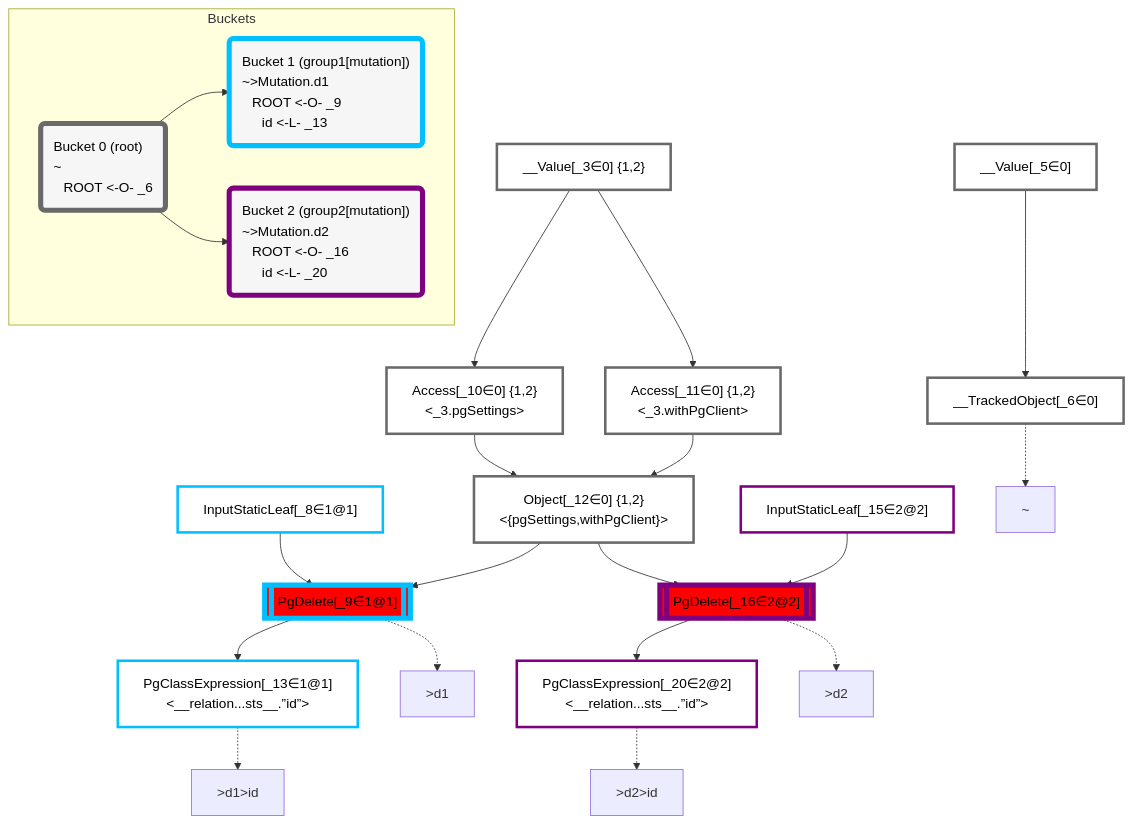
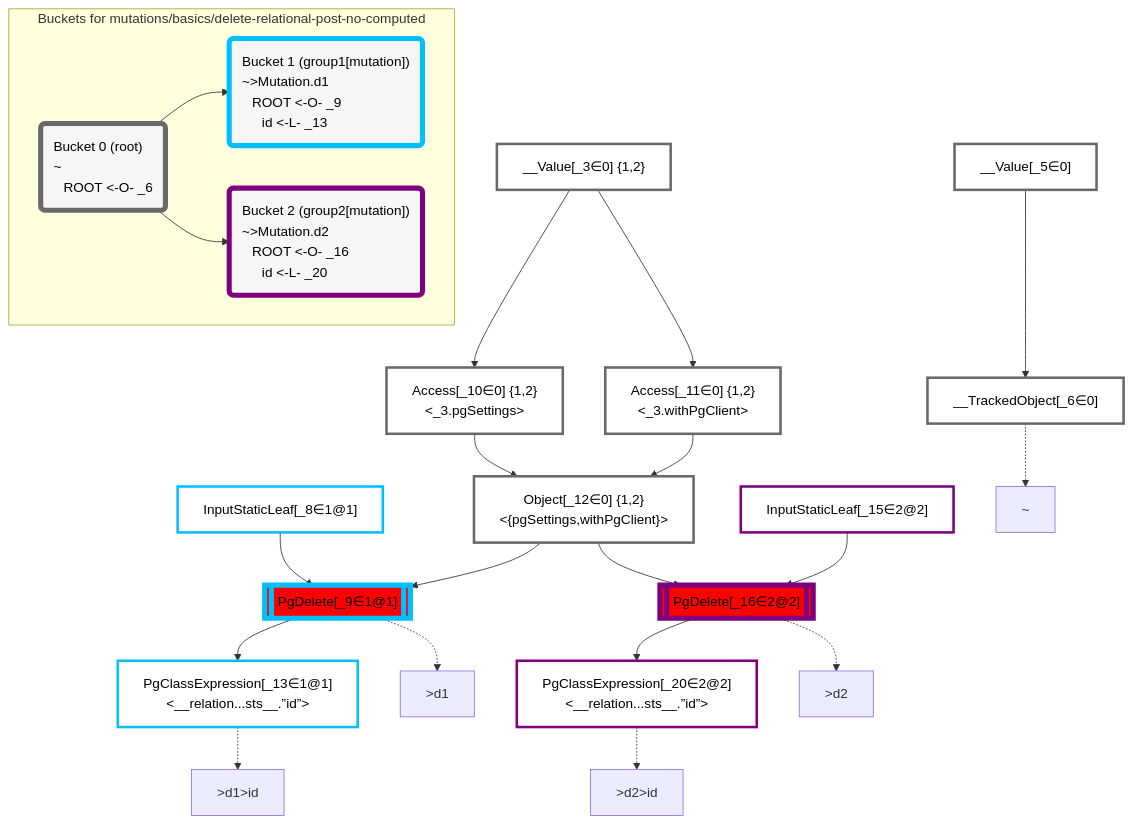
The diagram in packages/dataplan-pg/__tests__/mutations/basics/delete-relational-post-no-computed.deopt.mermaid.md (graphile/crystal), drawn with Mermaid before and after one commit. The commit also changed 195 other files, not shown here.

````diff
--- a/packages/dataplan-pg/__tests__/mutations/basics/delete-relational-post-no-computed.deopt.mermaid.md
+++ b/packages/dataplan-pg/__tests__/mutations/basics/delete-relational-post-no-computed.deopt.mermaid.md
@@ -1,67 +1,67 @@
 ```mermaid
 graph TD
     classDef path fill:#eee,stroke:#000,color:#000
     classDef plan fill:#fff,stroke-width:3px,color:#000
     classDef itemplan fill:#fff,stroke-width:6px,color:#000
     classDef sideeffectplan fill:#f00,stroke-width:6px,color:#000
     classDef bucket fill:#f6f6f6,color:#000,stroke-width:6px,text-align:left
 
 
     %% define plans
     __Value_3["__Value[_3∈0] {1,2}<br /><context>"]:::plan
     __Value_5["__Value[_5∈0]<br /><rootValue>"]:::plan
     __TrackedObject_6["__TrackedObject[_6∈0]"]:::plan
     InputStaticLeaf_8["InputStaticLeaf[_8∈1@1]"]:::plan
     PgDelete_9[["PgDelete[_9∈1@1]"]]:::sideeffectplan
     Access_10["Access[_10∈0] {1,2}<br /><_3.pgSettings>"]:::plan
     Access_11["Access[_11∈0] {1,2}<br /><_3.withPgClient>"]:::plan
     Object_12["Object[_12∈0] {1,2}<br /><{pgSettings,withPgClient}>"]:::plan
     PgClassExpression_13["PgClassExpression[_13∈1@1]<br /><__relation...sts__.”id”>"]:::plan
     InputStaticLeaf_15["InputStaticLeaf[_15∈2@2]"]:::plan
     PgDelete_16[["PgDelete[_16∈2@2]"]]:::sideeffectplan
     PgClassExpression_20["PgClassExpression[_20∈2@2]<br /><__relation...sts__.”id”>"]:::plan
 
     %% plan dependencies
     __Value_5 --> __TrackedObject_6
     Object_12 --> PgDelete_9
     InputStaticLeaf_8 --> PgDelete_9
     __Value_3 --> Access_10
     __Value_3 --> Access_11
     Access_10 --> Object_12
     Access_11 --> Object_12
     PgDelete_9 --> PgClassExpression_13
     Object_12 --> PgDelete_16
     InputStaticLeaf_15 --> PgDelete_16
     PgDelete_16 --> PgClassExpression_20
 
     %% plan-to-path relationships
     P_6["~"]
     __TrackedObject_6 -.-> P_6
     P_9[">d1"]
     PgDelete_9 -.-> P_9
     P_13[">d1>id"]
     PgClassExpression_13 -.-> P_13
     P_16[">d2"]
     PgDelete_16 -.-> P_16
     P_20[">d2>id"]
     PgClassExpression_20 -.-> P_20
 
     %% allocate buckets
     classDef bucket0 stroke:#696969
     class __Value_3,__Value_5,__TrackedObject_6,Access_10,Access_11,Object_12 bucket0
     classDef bucket1 stroke:#00bfff
     class InputStaticLeaf_8,PgDelete_9,PgClassExpression_13 bucket1
     classDef bucket2 stroke:#7f007f
     class InputStaticLeaf_15,PgDelete_16,PgClassExpression_20 bucket2
 
-    subgraph Buckets
+    subgraph "Buckets for mutations/basics/delete-relational-post-no-computed"
     Bucket0("Bucket 0 (root)<br />~<br />⠀ROOT <-O- _6"):::bucket
     style Bucket0 stroke:#696969
     Bucket1("Bucket 1 (group1[mutation])<br />~>Mutation.d1<br />⠀ROOT <-O- _9<br />⠀⠀id <-L- _13"):::bucket
     style Bucket1 stroke:#00bfff
     Bucket0 --> Bucket1
     Bucket2("Bucket 2 (group2[mutation])<br />~>Mutation.d2<br />⠀ROOT <-O- _16<br />⠀⠀id <-L- _20"):::bucket
     style Bucket2 stroke:#7f007f
     Bucket0 --> Bucket2
     end
 ```
````
